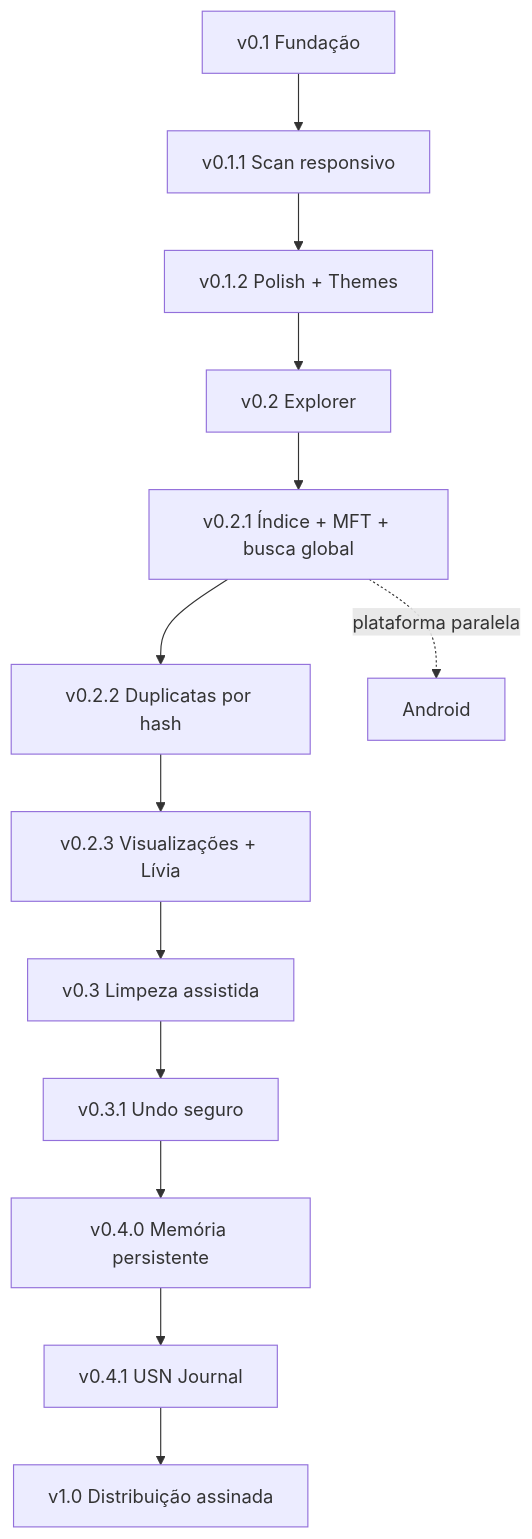
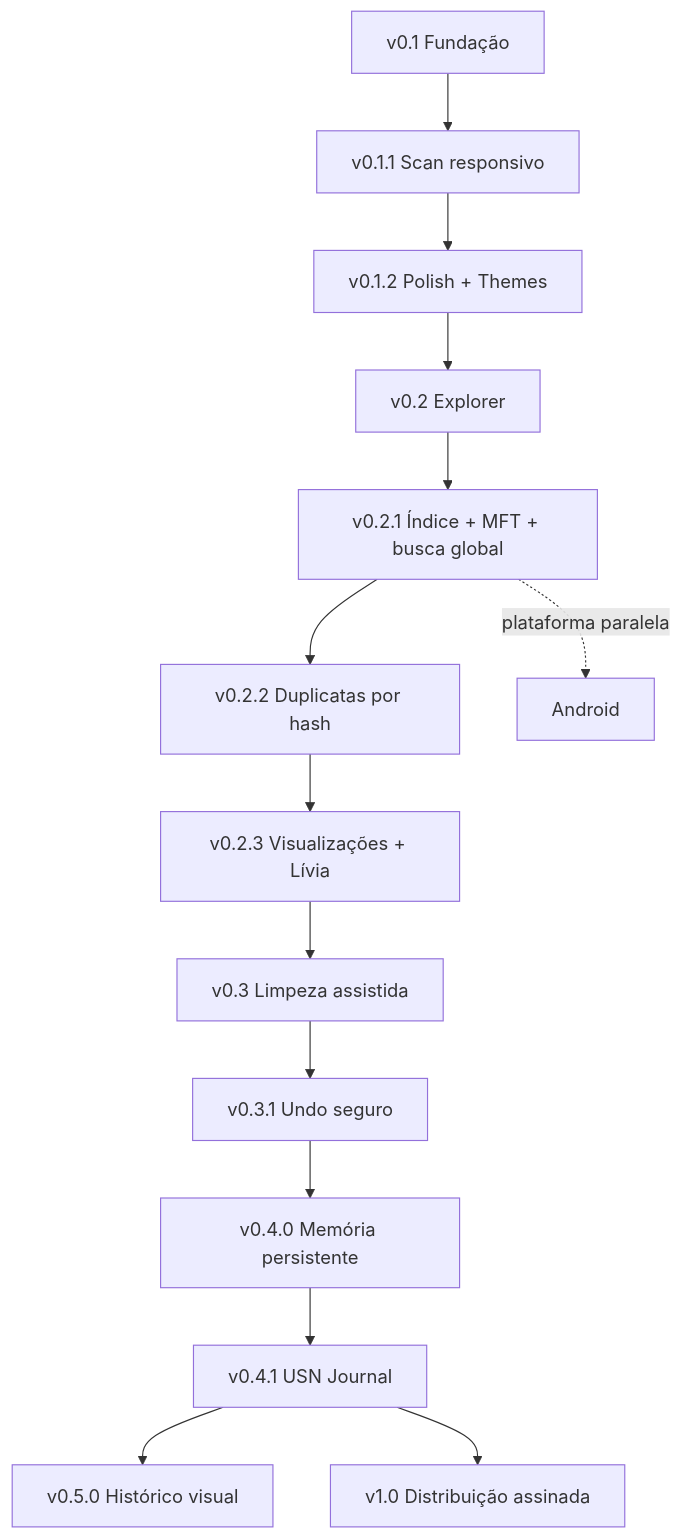
The tenth of 10 diagrams in README.md (tombemol/L.I.V.I.A), drawn with Mermaid before and after one commit. The commit also changed other lines of this file and 10 other files, not shown here.

First line of the commit message:
feat: L.I.V.I.A. v0.5.0 — histórico visual do armazenamento

````diff
--- a/README.md
+++ b/README.md
@@ -430,15 +464,16 @@
 ```mermaid
 flowchart TD
     A[v0.1 Fundação] --> B[v0.1.1 Scan responsivo]
     B --> C[v0.1.2 Polish + Themes]
     C --> D[v0.2 Explorer]
     D --> E[v0.2.1 Índice + MFT + busca global]
     E --> F[v0.2.2 Duplicatas por hash]
     F --> V[v0.2.3 Visualizações + Lívia]
     V --> G[v0.3 Limpeza assistida]
     G --> U[v0.3.1 Undo seguro]
     U --> M[v0.4.0 Memória persistente]
     M --> H[v0.4.1 USN Journal]
+    H --> V5[v0.5.0 Histórico visual]
     H --> I[v1.0 Distribuição assinada]
     E -. plataforma paralela .-> J[Android]
 ```
````
